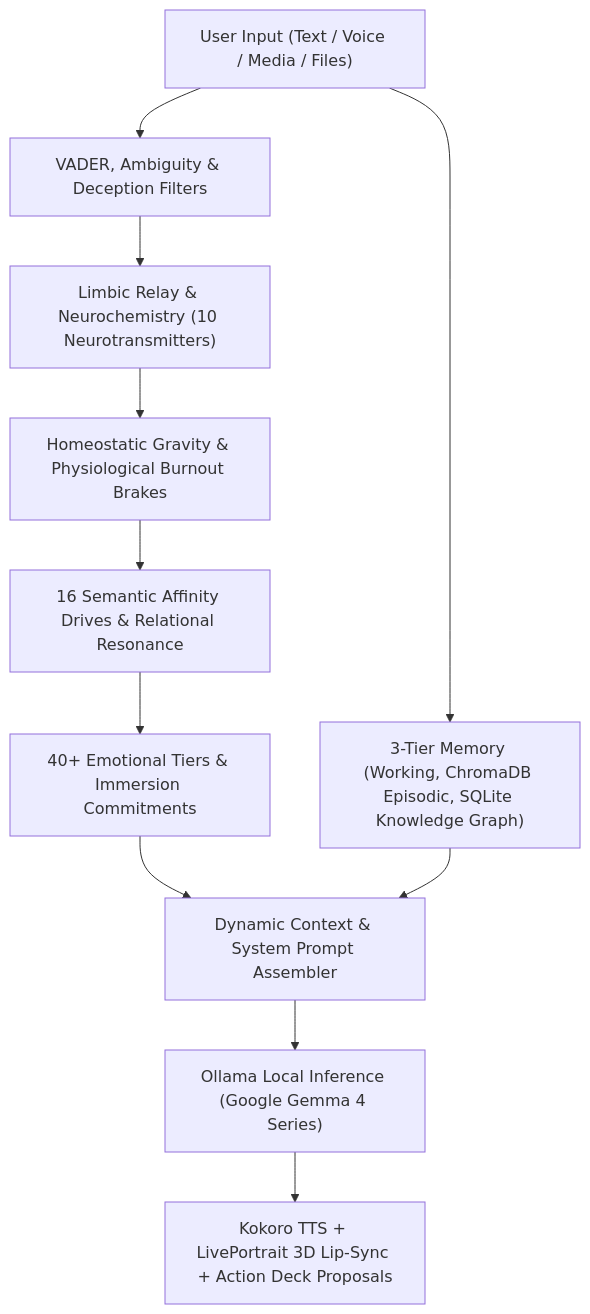
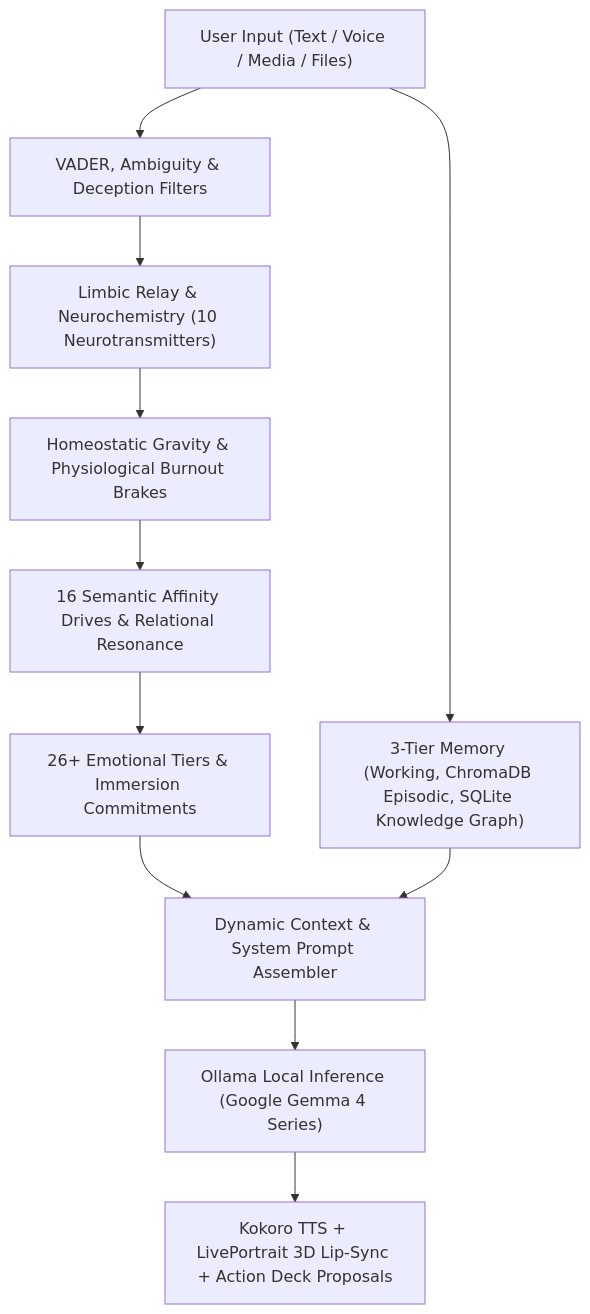
Before and after one commit to naturewalking-ui/Calypso: the diagram in README.md, drawn with Mermaid. The commit also changed other lines of this file, not shown here.

````diff
--- a/README.md
+++ b/README.md
@@ -38,13 +38,13 @@
 ```mermaid
 flowchart TD
     User["User Input (Text / Voice / Media / Files)"] --> Sense["VADER, Ambiguity & Deception Filters"]
     Sense --> Limbic["Limbic Relay & Neurochemistry (10 Neurotransmitters)"]
     Limbic --> Homeo["Homeostatic Gravity & Physiological Burnout Brakes"]
     Homeo --> Affinity["16 Semantic Affinity Drives & Relational Resonance"]
-    Affinity --> Persona["40+ Emotional Tiers & Immersion Commitments"]
+    Affinity --> Persona["26+ Emotional Tiers & Immersion Commitments"]
     User --> Mem["3-Tier Memory (Working, ChromaDB Episodic, SQLite Knowledge Graph)"]
     Persona --> Prompt["Dynamic Context & System Prompt Assembler"]
     Mem --> Prompt
     Prompt --> LLM["Ollama Local Inference (Google Gemma 4 Series)"]
     LLM --> Output["Kokoro TTS + LivePortrait 3D Lip-Sync + Action Deck Proposals"]
 ```
````
